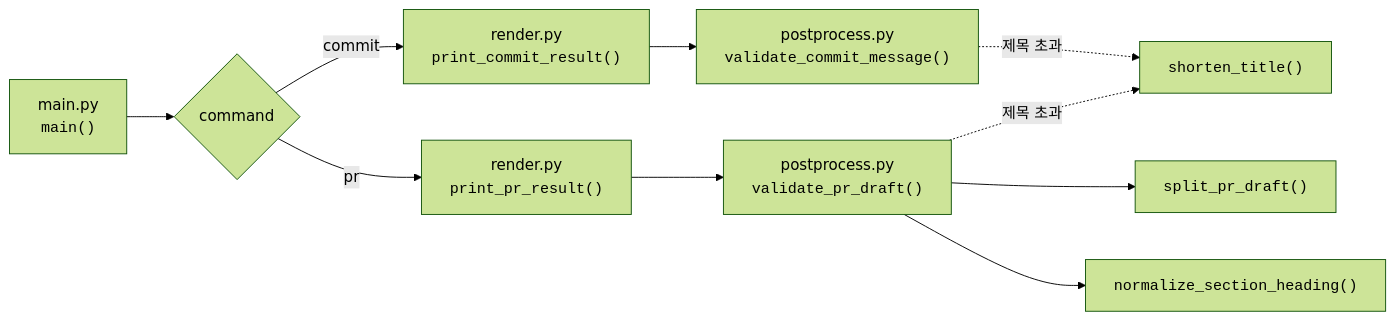
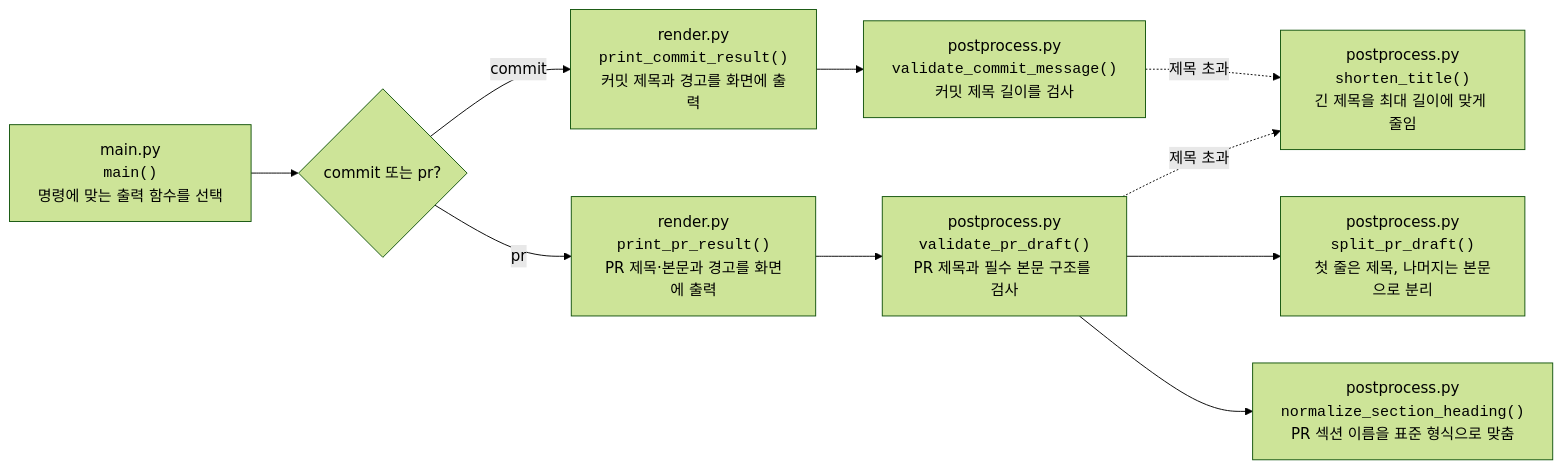
One commit to bllancck/B3-2.git-ai-generator changed the third of 4 diagrams in docs/design/function-call-flow.md. Above: the diagram before and after it, drawn with Mermaid (forest theme). The commit also changed other lines of this file and 1 other file, not shown here.

Commit message:
docs: clarify function call diagrams

````diff
--- a/docs/design/function-call-flow.md
+++ b/docs/design/function-call-flow.md
@@ -46,14 +55,14 @@
 ```mermaid
 flowchart LR
-    Main["main.py<br/><code>main()</code>"] --> Result{"command"}
+    Main["main.py<br/><code>main()</code><br/>명령에 맞는 출력 함수를 선택"] --> Result{"commit 또는 pr?"}
 
-    Result -->|commit| PrintCommit["render.py<br/><code>print_commit_result()</code>"]
-    PrintCommit --> ValidateCommit["postprocess.py<br/><code>validate_commit_message()</code>"]
-    ValidateCommit -. 제목 초과 .-> Shorten["<code>shorten_title()</code>"]
+    Result -->|commit| PrintCommit["render.py<br/><code>print_commit_result()</code><br/>커밋 제목과 경고를 화면에 출력"]
+    PrintCommit --> ValidateCommit["postprocess.py<br/><code>validate_commit_message()</code><br/>커밋 제목 길이를 검사"]
+    ValidateCommit -. 제목 초과 .-> Shorten["postprocess.py<br/><code>shorten_title()</code><br/>긴 제목을 최대 길이에 맞게 줄임"]
 
-    Result -->|pr| PrintPR["render.py<br/><code>print_pr_result()</code>"]
-    PrintPR --> ValidatePR["postprocess.py<br/><code>validate_pr_draft()</code>"]
-    ValidatePR --> Split["<code>split_pr_draft()</code>"]
-    ValidatePR --> Normalize["<code>normalize_section_heading()</code>"]
+    Result -->|pr| PrintPR["render.py<br/><code>print_pr_result()</code><br/>PR 제목·본문과 경고를 화면에 출력"]
+    PrintPR --> ValidatePR["postprocess.py<br/><code>validate_pr_draft()</code><br/>PR 제목과 필수 본문 구조를 검사"]
+    ValidatePR --> Split["postprocess.py<br/><code>split_pr_draft()</code><br/>첫 줄은 제목, 나머지는 본문으로 분리"]
+    ValidatePR --> Normalize["postprocess.py<br/><code>normalize_section_heading()</code><br/>PR 섹션 이름을 표준 형식으로 맞춤"]
     ValidatePR -. 제목 초과 .-> Shorten
 ```
````
